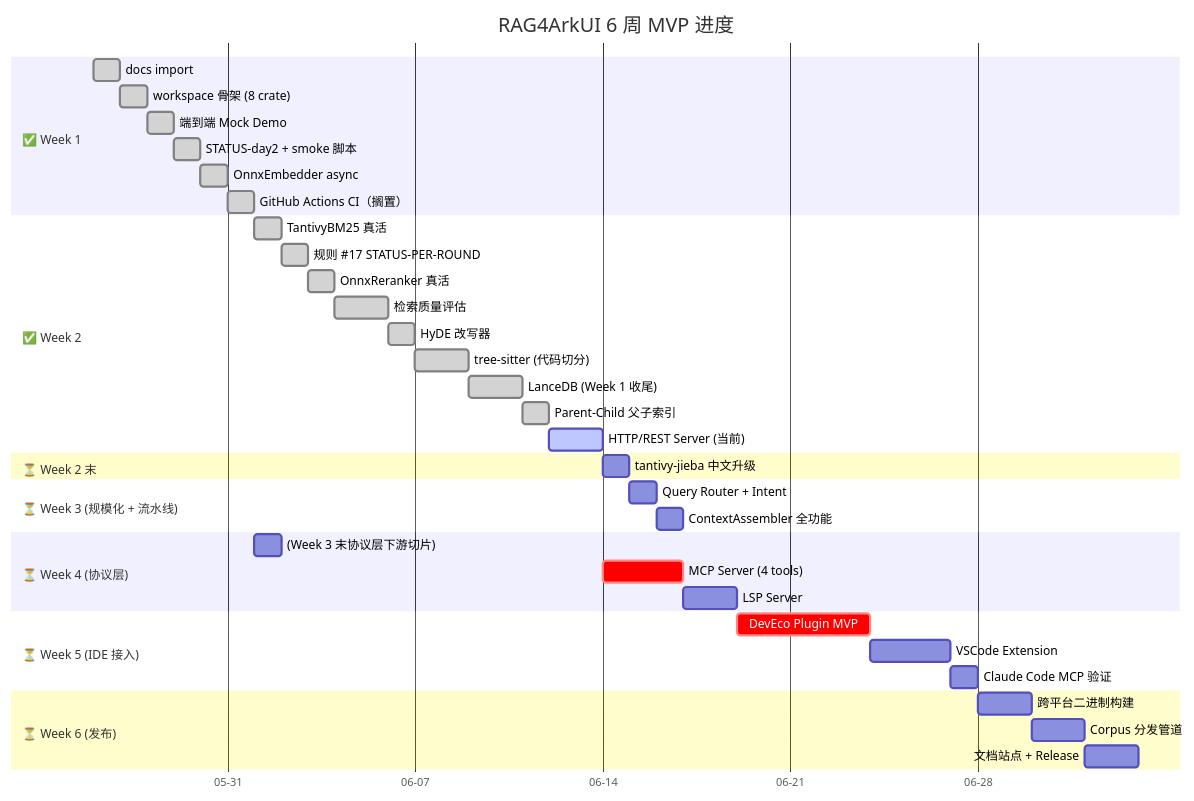
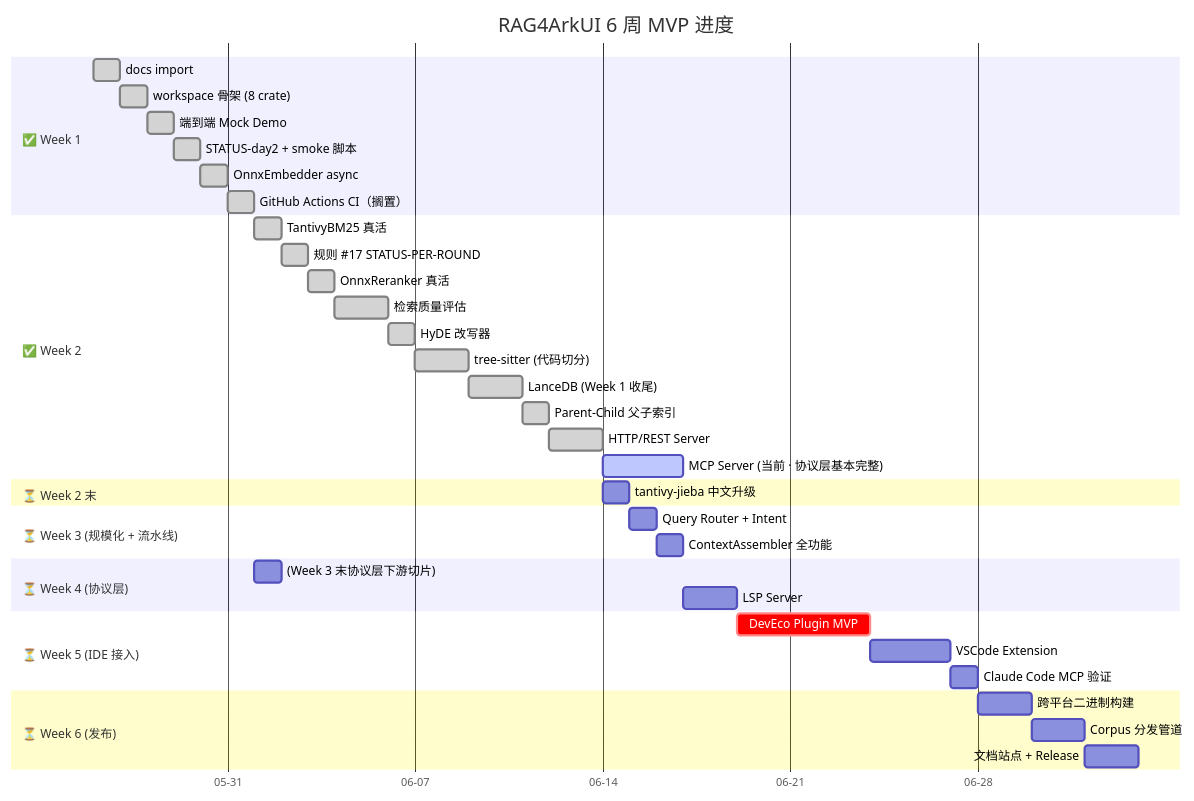
The diagram in docs/ROADMAP.md (LeoG1022/RAG4ArkUI), drawn with Mermaid before and after one commit. The commit also changed other lines of this file and 12 other files, not shown here.

First line of the commit message:
feat(server,cli): MCP Server with stdio JSON-RPC (Day 15) · Week 3 协议层 3/3 ⭐

````diff
--- a/docs/ROADMAP.md
+++ b/docs/ROADMAP.md
@@ -22,47 +22,47 @@
 ```mermaid
 gantt
     title RAG4ArkUI 6 周 MVP 进度
     dateFormat YYYY-MM-DD
     axisFormat %m-%d
 
     section ✅ Week 1
     docs import                    :done,    d0, 2026-05-26, 1d
     workspace 骨架 (8 crate)         :done,    d1, after d0, 1d
     端到端 Mock Demo                 :done,    d2, after d1, 1d
     STATUS-day2 + smoke 脚本         :done,    d25, after d2, 1d
     OnnxEmbedder async              :done,    d3, after d25, 1d
     GitHub Actions CI（搁置）       :done,    d35, after d3, 1d
 
     section ✅ Week 2
     TantivyBM25 真活                 :done,    d4, after d35, 1d
     规则 #17 STATUS-PER-ROUND       :done,    bsr, after d4, 1d
     OnnxReranker 真活                :done,    d5, after bsr, 1d
     检索质量评估                     :done,    d6, after d5, 2d
     HyDE 改写器                      :done,    d7, after d6, 1d
     tree-sitter (代码切分)           :done,    d10, after d7, 2d
     LanceDB (Week 1 收尾)            :done,    d9, after d10, 2d
     Parent-Child 父子索引            :done,    d11, after d9, 1d
-    HTTP/REST Server (当前)          :active,  d14, after d11, 2d
+    HTTP/REST Server                :done,    d14, after d11, 2d
+    MCP Server (当前 · 协议层基本完整)  :active,  d15, after d14, 3d
 
     section ⏳ Week 2 末
     tantivy-jieba 中文升级           :         d8, after d14, 1d
 
     section ⏳ Week 3 (规模化 + 流水线)
     Query Router + Intent           :         d12, after d8, 1d
     ContextAssembler 全功能          :         d13, after d12, 1d
 
     section ⏳ Week 4 (协议层)
     (Week 3 末协议层下游切片)         :         d14_done, 2026-06-01, 1d
-    MCP Server (4 tools)            :crit,    d15, after d14, 3d
     LSP Server                      :         d16, after d15, 2d
 
     section ⏳ Week 5 (IDE 接入)
     DevEco Plugin MVP               :crit,    d17, after d16, 5d
     VSCode Extension                :         d18, after d17, 3d
     Claude Code MCP 验证            :         d19, after d18, 1d
 
     section ⏳ Week 6 (发布)
     跨平台二进制构建                  :         d20, after d19, 2d
     Corpus 分发管道                 :         d21, after d20, 2d
     文档站点 + Release              :         d22, after d21, 2d
 ```
````
